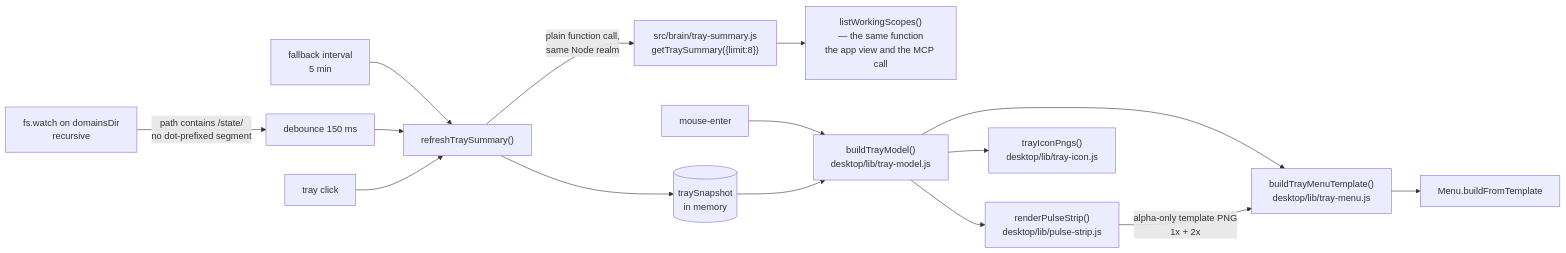
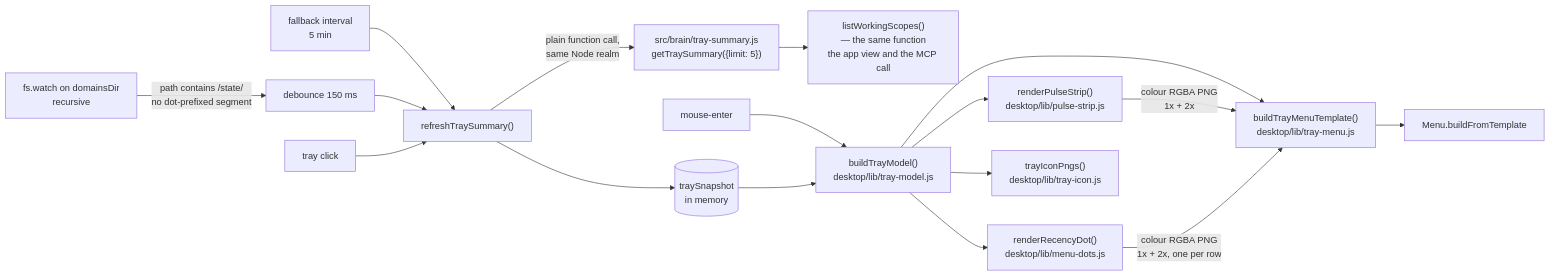
One commit to talirezun/the-curator changed the fourth of 4 diagrams in docs/architecture.md. Above: the diagram before and after it, drawn with Mermaid. The commit also changed other lines of this file and 6 other files, not shown here.

````diff
--- a/docs/architecture.md
+++ b/docs/architecture.md
@@ -701,17 +701,19 @@
 ```mermaid
 flowchart LR
     W["fs.watch on domainsDir<br/>recursive"] -->|"path contains /state/<br/>no dot-prefixed segment"| DB["debounce 150 ms"]
     FB["fallback interval<br/>5 min"] --> RF
     DB --> RF["refreshTraySummary()"]
     CLICK["tray click"] --> RF
-    RF -->|"plain function call,<br/>same Node realm"| TS["src/brain/tray-summary.js<br/>getTraySummary({limit:8})"]
+    RF -->|"plain function call,<br/>same Node realm"| TS["src/brain/tray-summary.js<br/>getTraySummary({limit: 5})"]
     TS --> LWS["listWorkingScopes()<br/>— the same function<br/>the app view and the MCP call"]
     RF --> SNAP[("traySnapshot<br/>in memory")]
     HOVER["mouse-enter"] --> REN
     SNAP --> REN["buildTrayModel()<br/>desktop/lib/tray-model.js"]
     REN --> TPL["buildTrayMenuTemplate()<br/>desktop/lib/tray-menu.js"]
     REN --> STR["renderPulseStrip()<br/>desktop/lib/pulse-strip.js"]
-    STR -->|"alpha-only template PNG<br/>1x + 2x"| TPL
+    STR -->|"colour RGBA PNG<br/>1x + 2x"| TPL
+    REN --> DOT["renderRecencyDot()<br/>desktop/lib/menu-dots.js"]
+    DOT -->|"colour RGBA PNG<br/>1x + 2x, one per row"| TPL
     REN --> GLY["trayIconPngs()<br/>desktop/lib/tray-icon.js"]
     TPL --> MENU["Menu.buildFromTemplate"]
 ```
````
